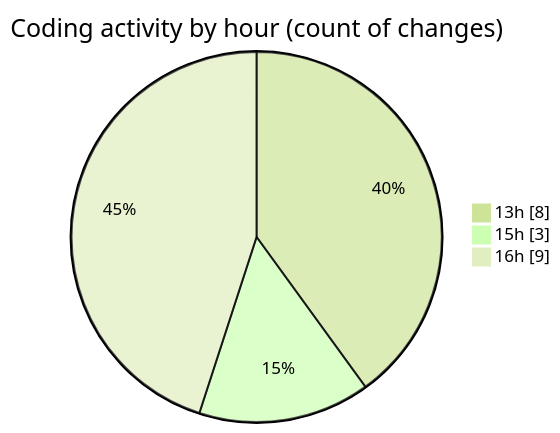
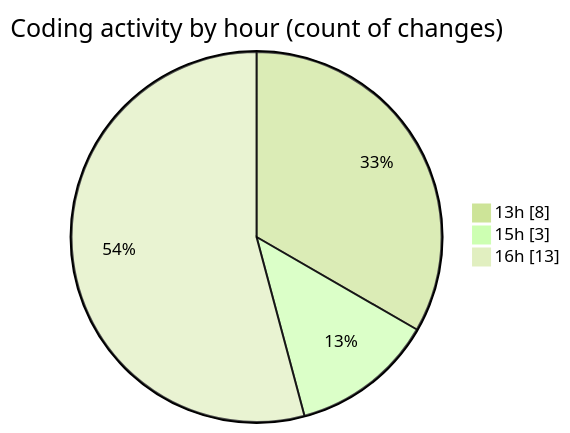
The second of 2 diagrams in 2025-08-01/nxtqube_webapp/README.md (nxtqubesakshisongat/code-tracking), drawn with Mermaid (forest theme) before and after one commit. The commit also changed other lines of this file and 1 other file, not shown here.

````diff
--- a/2025-08-01/nxtqube_webapp/README.md
+++ b/2025-08-01/nxtqube_webapp/README.md
@@ -34,7 +34,7 @@
 ```mermaid
 pie showData
 title Coding activity by hour (count of changes)
 "13h" : 8
 "15h" : 3
-"16h" : 9
+"16h" : 13
 ```
````
